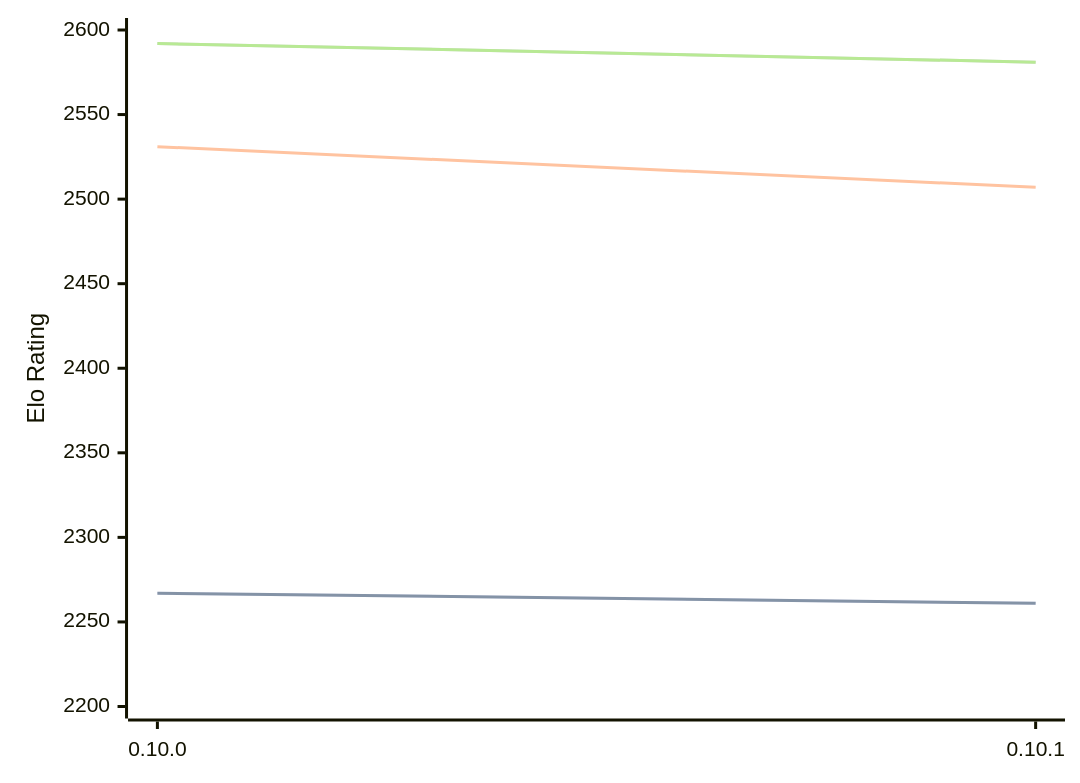
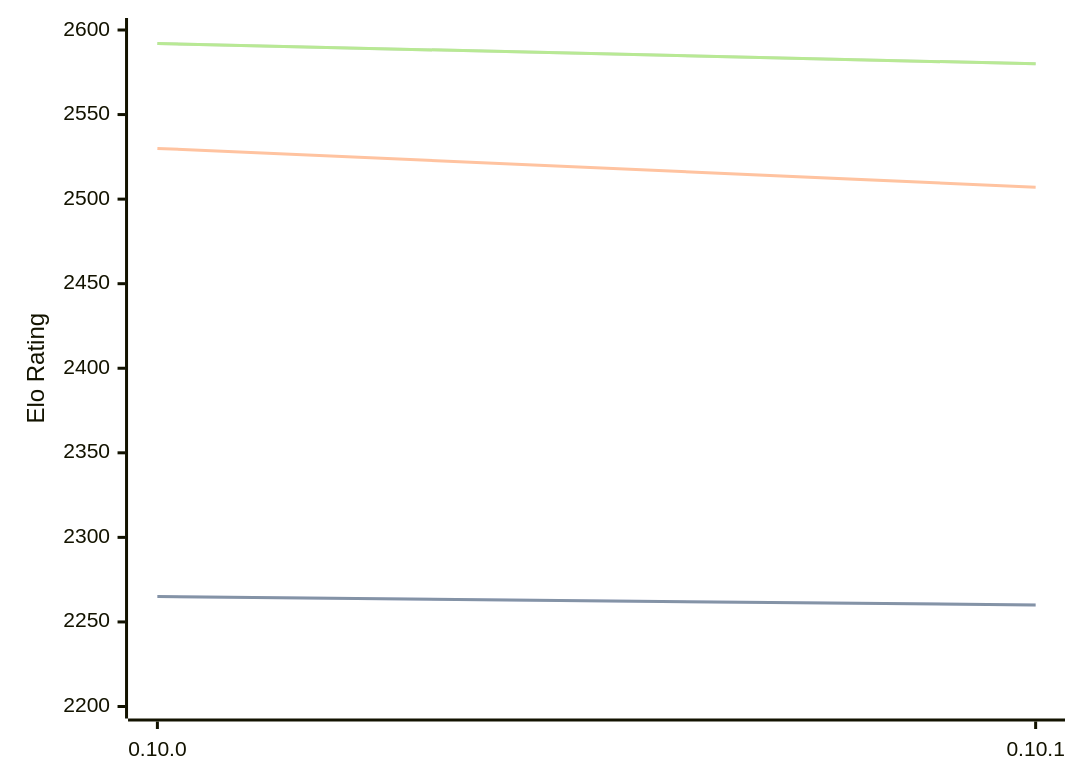
Before and after one commit to computer-chess-index/cci: the diagram in engines/Fatalii.md, drawn with Mermaid. The commit also changed other lines of this file, not shown here.

Commit message:
Update CCI Ratings (ELO VLTC) - 2026-06-10

````diff
--- a/engines/Fatalii.md
+++ b/engines/Fatalii.md
@@ -46,11 +46,11 @@
 ```mermaid
 %%{init: {"theme":"base","themeVariables":{"seriesColors:['#a3a3a3','#222221','#faa371']}}}%%
 xychart-beta
   x-axis ["0.10.0", "0.10.1"]
   y-axis "Elo Rating" 2200 --> 2600
-  line "STC (8.0+0.08s)" [2267, 2261]
-  line "STC (8.0+0.08s)" [2267, 2261]
-  line "LTC (60.0+0.60s)" [2531, 2507]
-  line "VLTC (2m24s+1.12s)" [2592, 2581]
-  line "VLTC (2m24s+1.12s)" [2592, 2581]
+  line "STC (8.0+0.08s)" [2265, 2260]
+  line "STC (8.0+0.08s)" [2265, 2260]
+  line "LTC (60.0+0.60s)" [2530, 2507]
+  line "VLTC (2m24s+1.12s)" [2592, 2580]
+  line "VLTC (2m24s+1.12s)" [2592, 2580]
 ```
````
